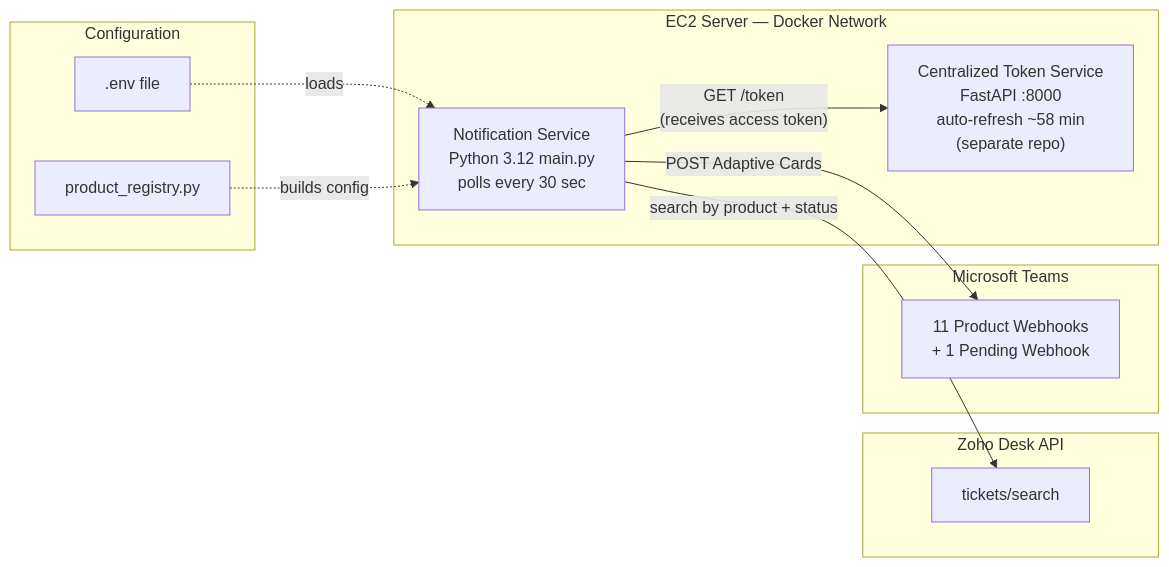
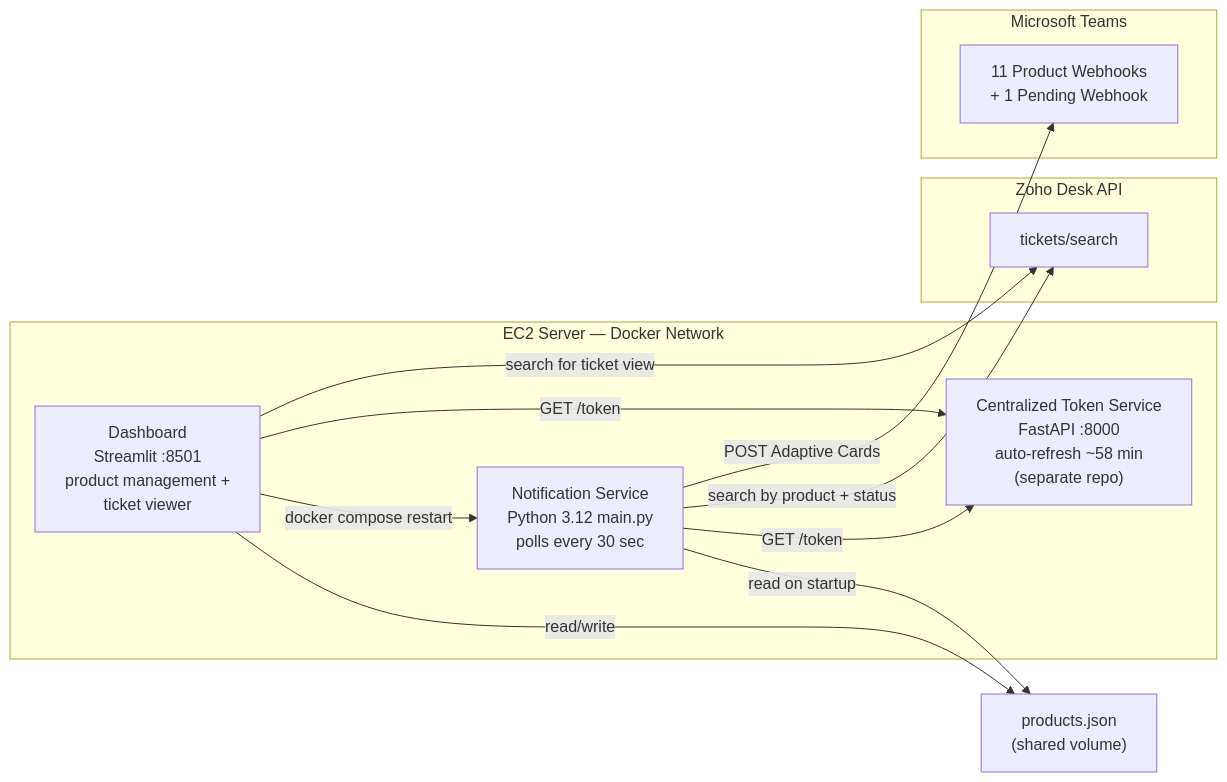
One commit to AnsImran/ms-teams-zoho-desk-notifications-service changed the first of 4 diagrams in README.md. Above: the diagram before and after it, drawn with Mermaid. The commit also changed other lines of this file and 3 other files, not shown here.

First line of the commit message:
update README for current architecture: dashboard, JSON config, no max_age

````diff
--- a/README.md
+++ b/README.md
@@ -9,26 +9,27 @@
 ```mermaid
 flowchart LR
-    subgraph Config["Configuration"]
-        ENV[".env file"]
-        REG["product_registry.py"]
-    end
-
     subgraph EC2["EC2 Server — Docker Network"]
         TS["Centralized Token Service<br>FastAPI :8000<br>auto-refresh ~58 min<br>(separate repo)"]
         NS["Notification Service<br>Python 3.12 main.py<br>polls every 30 sec"]
+        DB["Dashboard<br>Streamlit :8501<br>product management +<br>ticket viewer"]
     end
 
     subgraph Zoho["Zoho Desk API"]
         ZD["tickets/search"]
     end
 
     subgraph Teams["Microsoft Teams"]
         WH["11 Product Webhooks<br>+ 1 Pending Webhook"]
     end
 
-    ENV -. "loads" .-> NS
-    REG -. "builds config" .-> NS
-    NS -- "GET /token<br>(receives access token)" --> TS
+    JSON["products.json<br>(shared volume)"]
+
+    DB -- "read/write" --> JSON
+    NS -- "read on startup" --> JSON
+    DB -- "docker compose restart" --> NS
+    NS -- "GET /token" --> TS
+    DB -- "GET /token" --> TS
     NS -- "search by product + status" --> ZD
+    DB -- "search for ticket view" --> ZD
     NS -- "POST Adaptive Cards" --> WH
 ```
````
